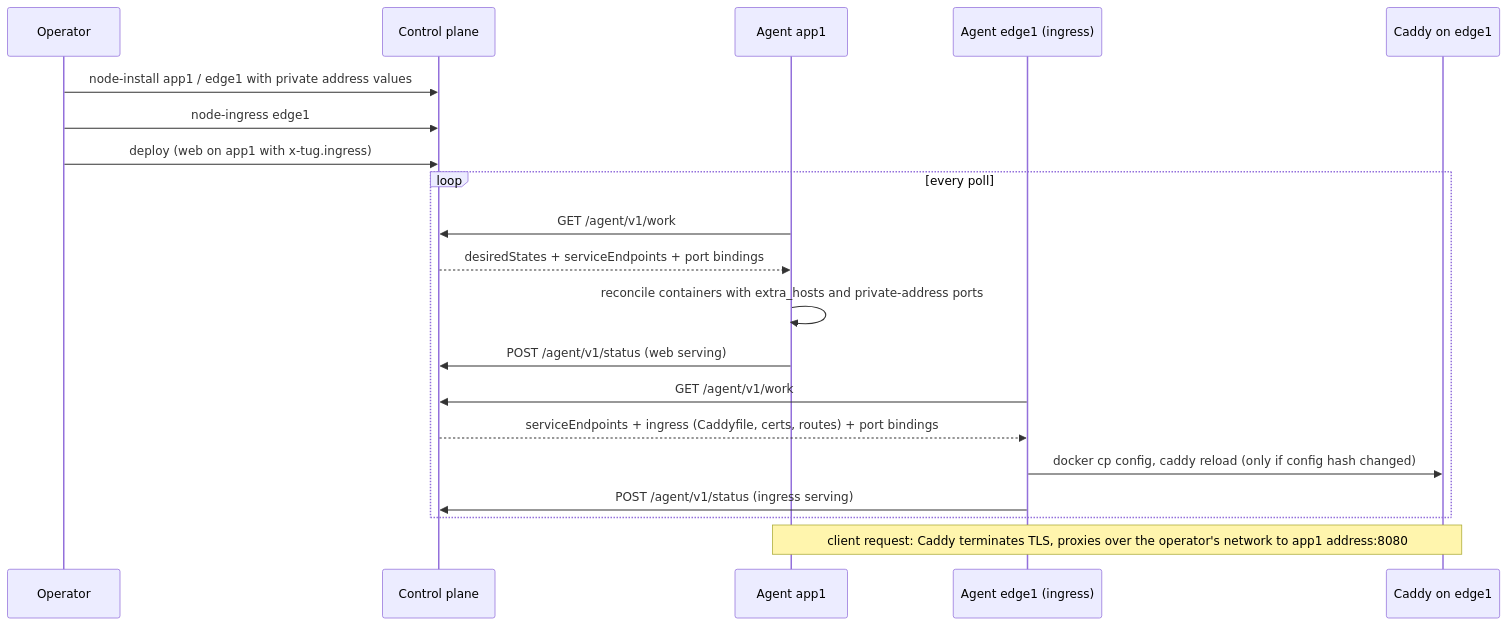
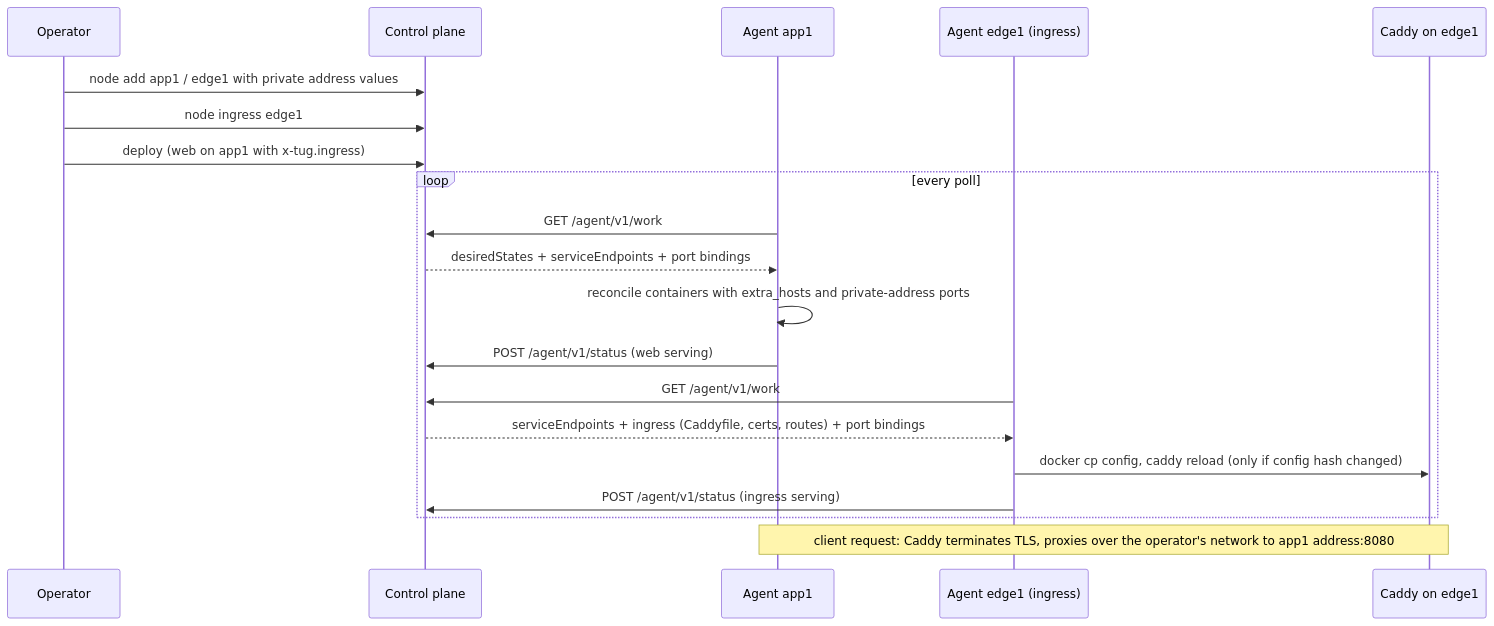
The diagram in docs/networking.md (wpelevator/tug), drawn with Mermaid before and after one commit. The commit also changed other lines of this file and 60 other files, not shown here.

````diff
--- a/docs/networking.md
+++ b/docs/networking.md
@@ -124,23 +124,23 @@
 ```mermaid
 sequenceDiagram
     participant Op as Operator
     participant Ctrl as Control plane
     participant A as Agent app1
     participant E as Agent edge1 (ingress)
     participant Caddy as Caddy on edge1
 
-    Op->>Ctrl: node-install app1 / edge1 with private address values
-    Op->>Ctrl: node-ingress edge1
+    Op->>Ctrl: node add app1 / edge1 with private address values
+    Op->>Ctrl: node ingress edge1
     Op->>Ctrl: deploy (web on app1 with x-tug.ingress)
     loop every poll
         A->>Ctrl: GET /agent/v1/work
         Ctrl-->>A: desiredStates + serviceEndpoints + port bindings
         A->>A: reconcile containers with extra_hosts and private-address ports
         A->>Ctrl: POST /agent/v1/status (web serving)
         E->>Ctrl: GET /agent/v1/work
         Ctrl-->>E: serviceEndpoints + ingress (Caddyfile, certs, routes) + port bindings
         E->>Caddy: docker cp config, caddy reload (only if config hash changed)
         E->>Ctrl: POST /agent/v1/status (ingress serving)
     end
     Note over Caddy,A: client request: Caddy terminates TLS, proxies over the operator's network to app1 address:8080
 ```
````
